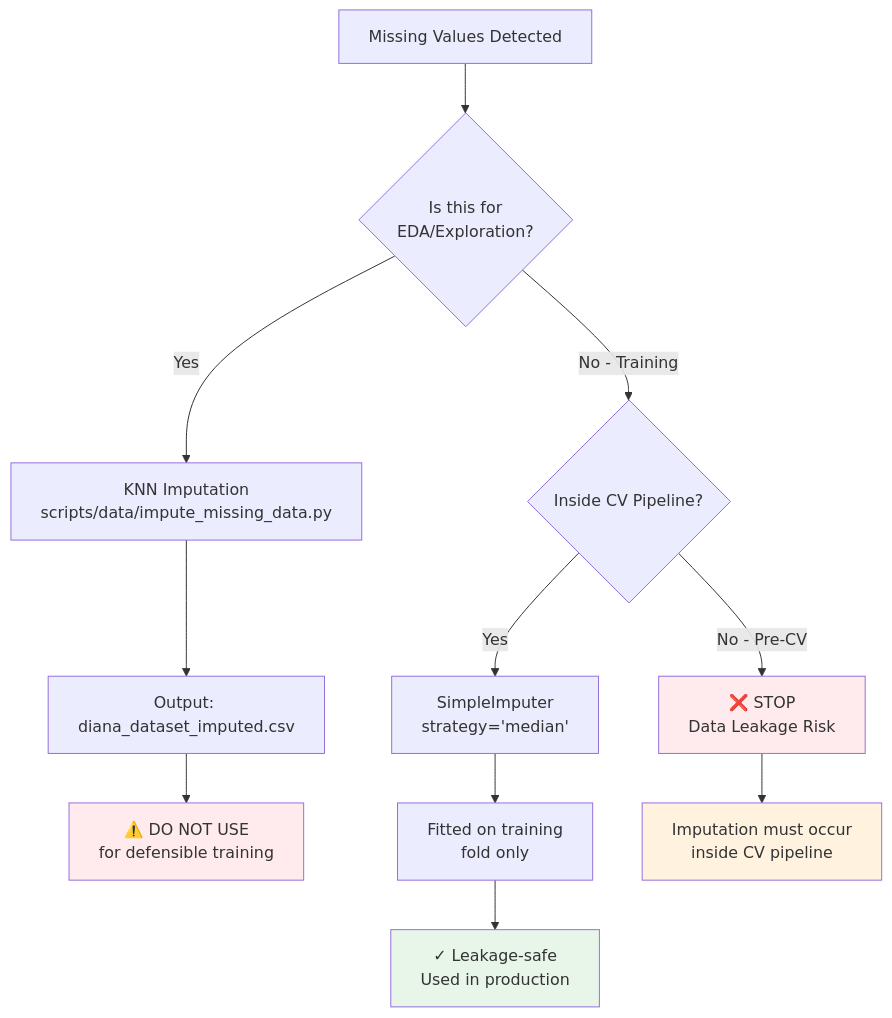
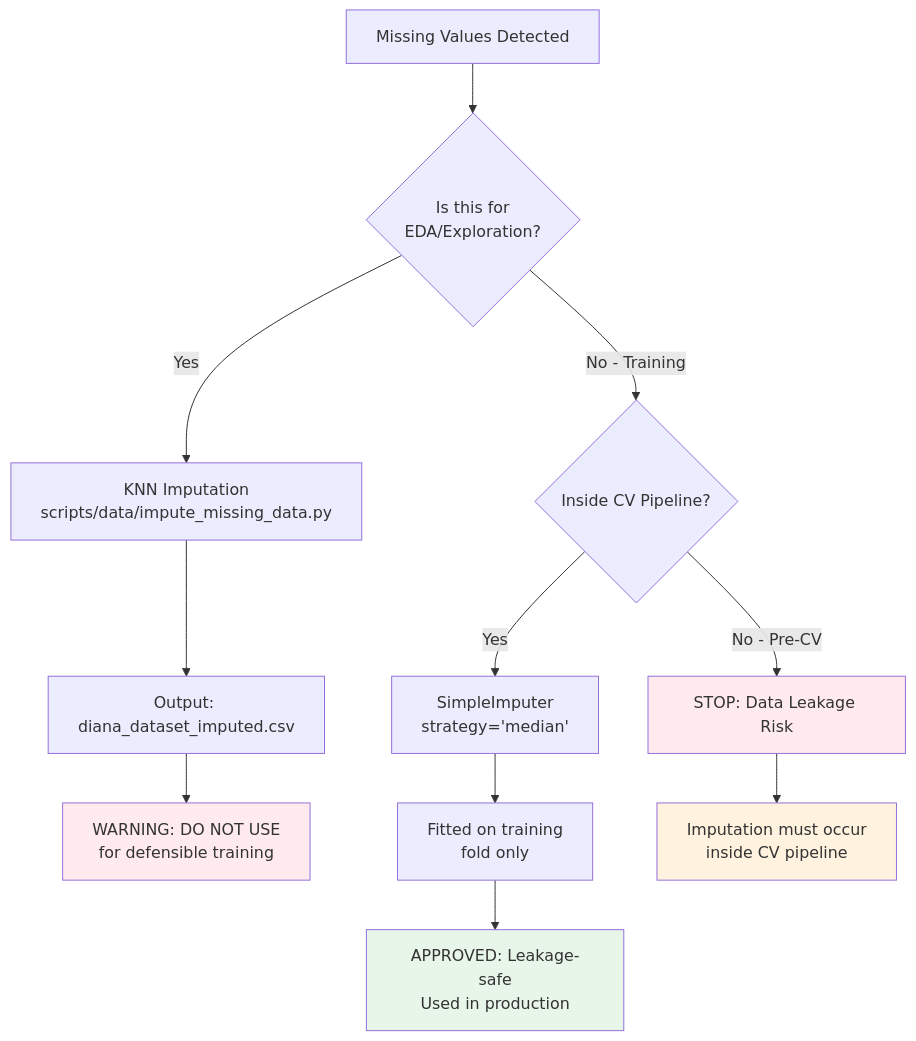
Before and after one commit to Skufu/DianaV2: the third of 4 diagrams in METHODOLOGY.md, drawn with Mermaid. The commit also changed other lines of this file and 8 other files, not shown here.

````diff
--- a/METHODOLOGY.md
+++ b/METHODOLOGY.md
@@ -203,22 +203,22 @@
 ```mermaid
 flowchart TB
     A[Missing Values Detected] --> B{Is this for<br/>EDA/Exploration?}
-    
+
     B -->|Yes| C[KNN Imputation<br/>scripts/data/impute_missing_data.py]
     C --> D[Output: diana_dataset_imputed.csv]
-    D --> E[⚠️ DO NOT USE<br/>for defensible training]
-    
+    D --> E[WARNING: DO NOT USE<br/>for defensible training]
+
     B -->|No - Training| F{Inside CV Pipeline?}
-    
+
     F -->|Yes| G[SimpleImputer<br/>strategy='median']
     G --> H[Fitted on training<br/>fold only]
-    H --> I[✓ Leakage-safe<br/>Used in production]
-    
-    F -->|No - Pre-CV| J[❌ STOP<br/>Data Leakage Risk]
+    H --> I[APPROVED: Leakage-safe<br/>Used in production]
+
+    F -->|No - Pre-CV| J[STOP: Data Leakage Risk]
     J --> K[Imputation must occur<br/>inside CV pipeline]
 
     style E fill:#ffebee
     style I fill:#e8f5e9
     style J fill:#ffebee
     style K fill:#fff3e0
 ```
````
